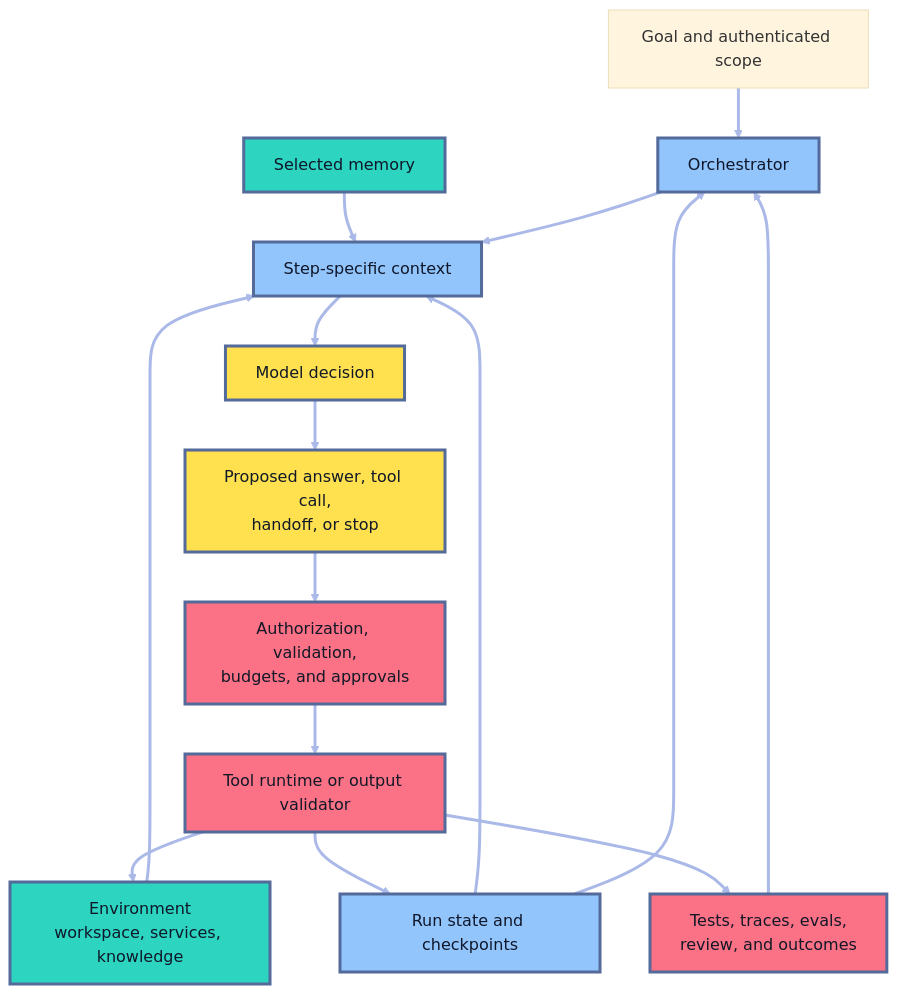
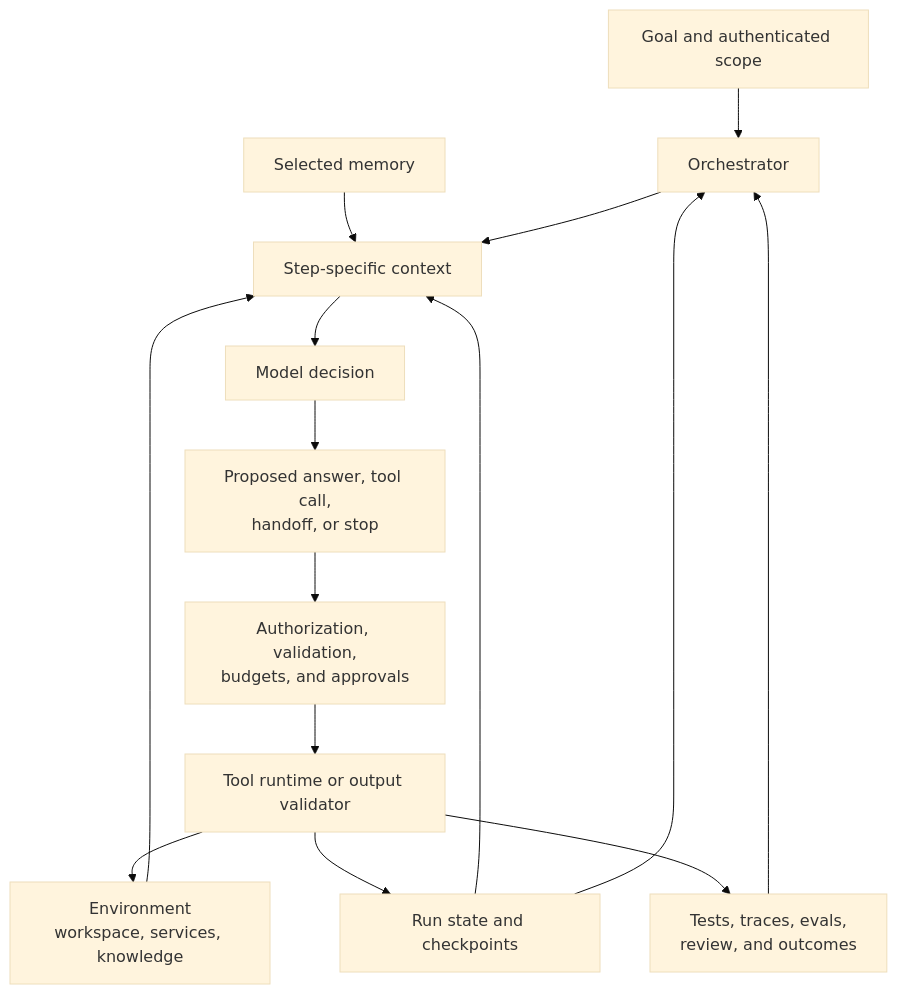
The first of 2 diagrams in roadmaps/mlops/modules/llmops/harness-engineering/01-agent-harness-basics.md (senlinyy/dev-roadmaps), drawn with Mermaid (base theme) before and after one commit. The commit also changed other lines of this file and 152 other files, not shown here.

Commit message:
feat: mlops and diagrams updated

````diff
--- a/roadmaps/mlops/modules/llmops/harness-engineering/01-agent-harness-basics.md
+++ b/roadmaps/mlops/modules/llmops/harness-engineering/01-agent-harness-basics.md
@@ -56,27 +56,22 @@
 ```mermaid
 flowchart TB
     G["Goal and authenticated scope"] --> O["Orchestrator"]
     E["Environment<br/>workspace, services, knowledge"] --> C["Step-specific context"]
     S["Run state and checkpoints"] --> C
     M["Selected memory"] --> C
     O --> C
     C --> D["Model decision"]
     D --> P["Proposed answer, tool call,<br/>handoff, or stop"]
     P --> A["Authorization, validation,<br/>budgets, and approvals"]
     A --> T["Tool runtime or output validator"]
     T --> E
     T --> S
     S --> O
     T --> F["Tests, traces, evals,<br/>review, and outcomes"]
     F --> O
 
-    classDef world fill:#2DD4BF,stroke:#536A9A,stroke-width:3px,color:#0F172A
-    classDef control fill:#93C5FD,stroke:#536A9A,stroke-width:3px,color:#0F172A
-    classDef model fill:#FFE04F,stroke:#536A9A,stroke-width:3px,color:#111827
-    classDef safety fill:#FB7185,stroke:#536A9A,stroke-width:3px,color:#111827
     class E,M world
     class O,C,S control
     class D,P model
     class A,T,F safety
-    linkStyle default stroke:#AAB9E8,stroke-width:3px
 ```
````
